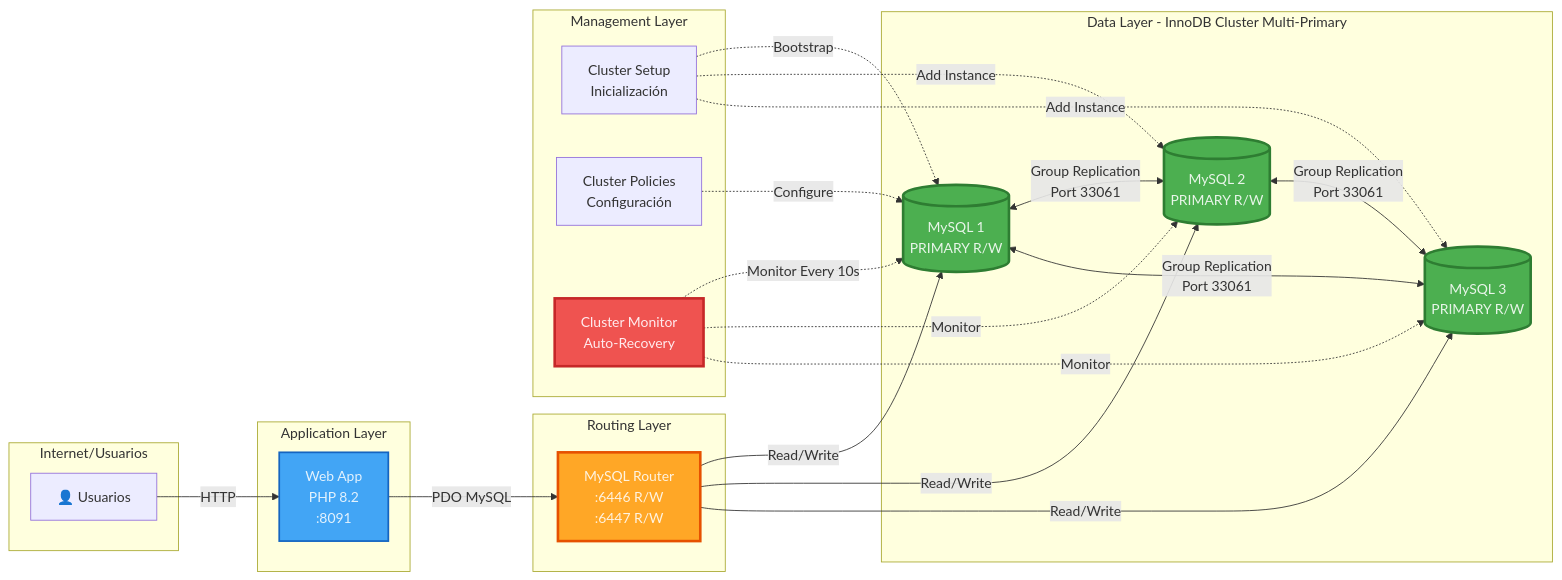
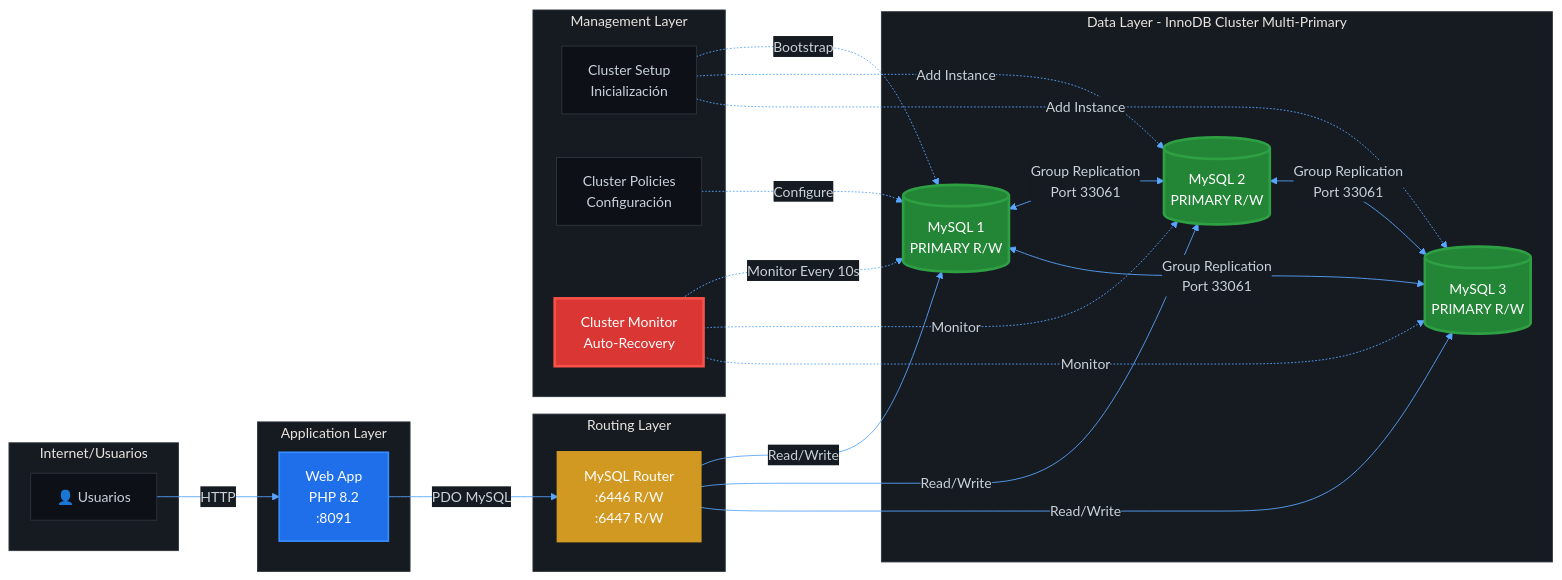
One commit to JoaquinLoaizaUCSM/sistema-gestion-sobretiempos-ha changed the first of 13 diagrams in docs/ARQUITECTURA.md. Above: the diagram before and after it, drawn with Mermaid. The commit also changed other lines of this file and 2 other files, not shown here.

Commit message:
Docs: Update diagrams for dark mode and refresh README

````diff
--- a/docs/ARQUITECTURA.md
+++ b/docs/ARQUITECTURA.md
@@ -19,51 +19,52 @@
 ```mermaid
+%%{init: {'theme': 'base', 'themeVariables': { 'primaryColor': '#0d1117', 'primaryTextColor': '#c9d1d9', 'primaryBorderColor': '#30363d', 'lineColor': '#58a6ff', 'secondaryColor': '#161b22', 'tertiaryColor': '#161b22', 'mainBkg': '#0d1117', 'nodeBorder': '#30363d', 'clusterBkg': '#161b22', 'clusterBorder': '#30363d', 'defaultLinkColor': '#58a6ff', 'fontFamily': 'arial', 'fontSize': '16px'}}}%%
 graph LR
     subgraph "Internet/Usuarios"
         U[👤 Usuarios]
     end
     
     subgraph "Application Layer"
         WEB[Web App<br/>PHP 8.2<br/>:8091]
     end
     
     subgraph "Routing Layer"
         ROUTER[MySQL Router<br/>:6446 R/W<br/>:6447 R/W]
     end
     
     subgraph "Data Layer - InnoDB Cluster Multi-Primary"
         M1[(MySQL 1<br/>PRIMARY R/W)]
         M2[(MySQL 2<br/>PRIMARY R/W)]
         M3[(MySQL 3<br/>PRIMARY R/W)]
     end
     
     subgraph "Management Layer"
         INIT[Cluster Setup<br/>Inicialización]
         POL[Cluster Policies<br/>Configuración]
         MON[Cluster Monitor<br/>Auto-Recovery]
     end
     
     U -->|HTTP| WEB
     WEB -->|PDO MySQL| ROUTER
     ROUTER -->|Read/Write| M1
     ROUTER -->|Read/Write| M2
     ROUTER -->|Read/Write| M3
     
     INIT -.->|Bootstrap| M1
     INIT -.->|Add Instance| M2
     INIT -.->|Add Instance| M3
     POL -.->|Configure| M1
     MON -.->|Monitor Every 10s| M1
     MON -.->|Monitor| M2
     MON -.->|Monitor| M3
     
     M1 <-->|Group Replication<br/>Port 33061| M2
     M2 <-->|Group Replication<br/>Port 33061| M3
     M3 <-->|Group Replication<br/>Port 33061| M1
     
-    style M1 fill:#4CAF50,stroke:#2E7D32,stroke-width:3px,color:#E8F5E9
-    style M2 fill:#4CAF50,stroke:#2E7D32,stroke-width:3px,color:#E8F5E9
-    style M3 fill:#4CAF50,stroke:#2E7D32,stroke-width:3px,color:#E8F5E9
-    style ROUTER fill:#FFA726,stroke:#E65100,stroke-width:3px,color:#FFF3E0
-    style MON fill:#EF5350,stroke:#C62828,stroke-width:3px,color:#FFEBEE
-    style WEB fill:#42A5F5,stroke:#1565C0,stroke-width:2px,color:#E3F2FD
+    style M1 fill:#238636,stroke:#2ea043,stroke-width:3px,color:#ffffff
+    style M2 fill:#238636,stroke:#2ea043,stroke-width:3px,color:#ffffff
+    style M3 fill:#238636,stroke:#2ea043,stroke-width:3px,color:#ffffff
+    style ROUTER fill:#d29922,stroke:#d29922,stroke-width:3px,color:#ffffff
+    style MON fill:#da3633,stroke:#f85149,stroke-width:3px,color:#ffffff
+    style WEB fill:#1f6feb,stroke:#388bfd,stroke-width:2px,color:#ffffff
 ```
````
